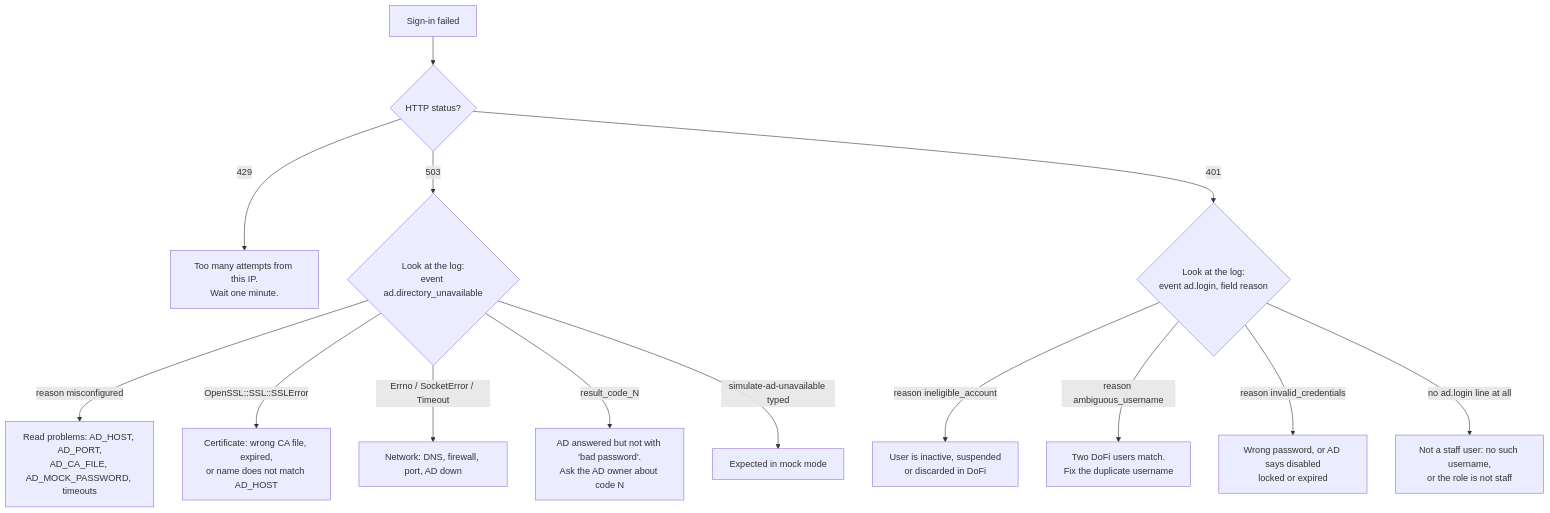
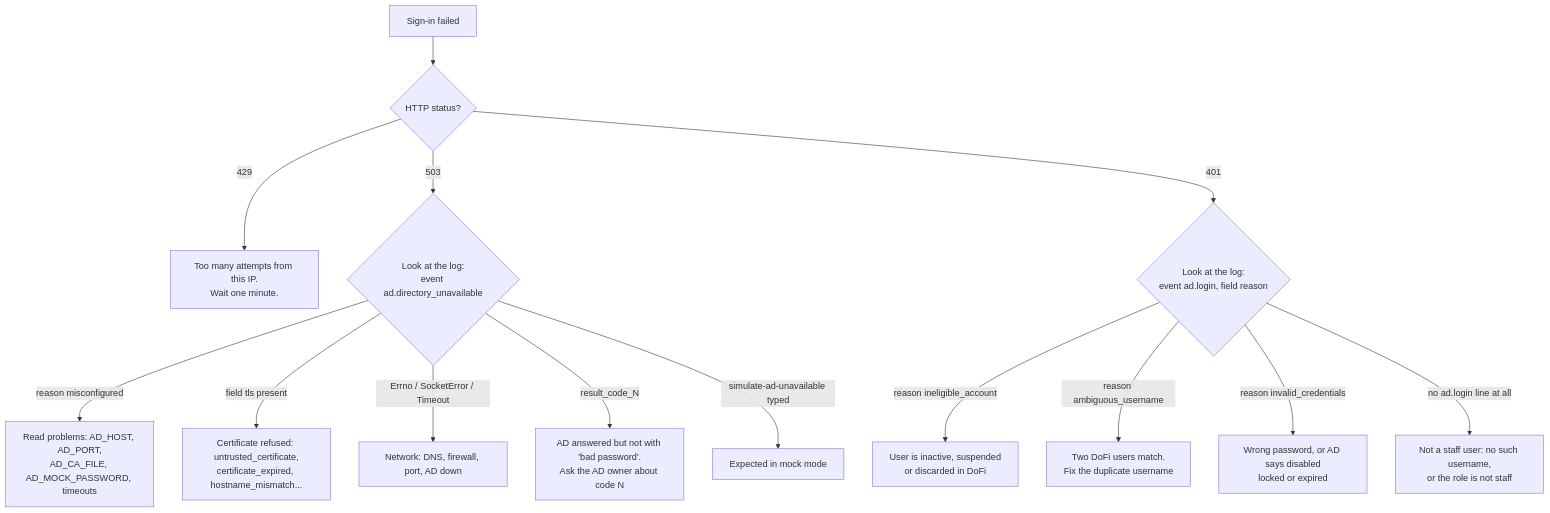
The diagram in docs/active-directory/06-testing-and-troubleshooting.md (arya020595/st_dofi_backend), drawn with Mermaid before and after one commit. The commit also changed other lines of this file and 23 other files, not shown here.

````diff
--- a/docs/active-directory/06-testing-and-troubleshooting.md
+++ b/docs/active-directory/06-testing-and-troubleshooting.md
@@ -120,18 +121,18 @@
 ```mermaid
 flowchart TD
     A["Sign-in failed"] --> B{"HTTP status?"}
     B -- 429 --> T["Too many attempts from this IP.<br/>Wait one minute."]
     B -- 503 --> C{"Look at the log:<br/>event ad.directory_unavailable"}
     B -- 401 --> D{"Look at the log:<br/>event ad.login, field reason"}
 
     C -- "reason misconfigured" --> C1["Read problems: AD_HOST, AD_PORT,<br/>AD_CA_FILE, AD_MOCK_PASSWORD, timeouts"]
-    C -- "OpenSSL::SSL::SSLError" --> C2["Certificate: wrong CA file, expired,<br/>or name does not match AD_HOST"]
+    C -- "field tls present" --> C2["Certificate refused: untrusted_certificate,<br/>certificate_expired, hostname_mismatch..."]
     C -- "Errno / SocketError / Timeout" --> C3["Network: DNS, firewall, port, AD down"]
     C -- "result_code_N" --> C4["AD answered but not with 'bad password'.<br/>Ask the AD owner about code N"]
     C -- "simulate-ad-unavailable typed" --> C5["Expected in mock mode"]
 
     D -- "reason ineligible_account" --> D1["User is inactive, suspended<br/>or discarded in DoFi"]
     D -- "reason ambiguous_username" --> D2["Two DoFi users match.<br/>Fix the duplicate username"]
     D -- "reason invalid_credentials" --> D3["Wrong password, or AD says disabled<br/>locked or expired"]
     D -- "no ad.login line at all" --> D4["Not a staff user: no such username,<br/>or the role is not staff"]
 ```
````
